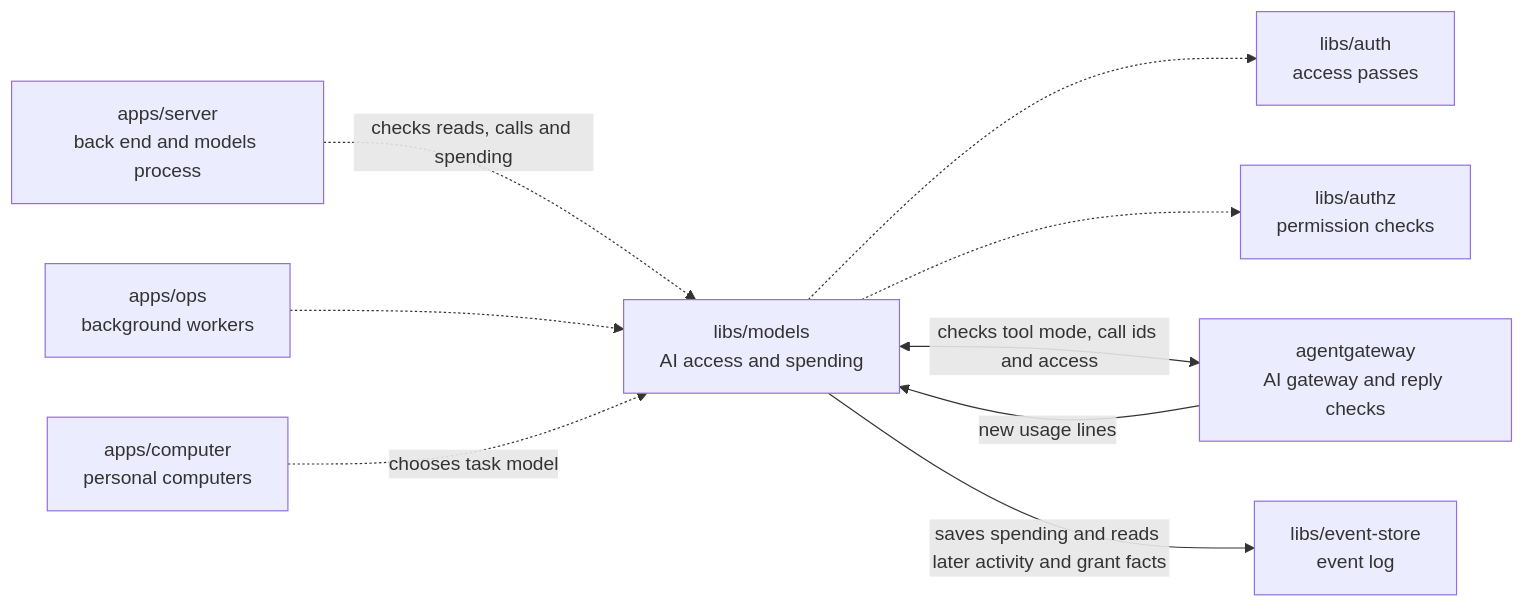
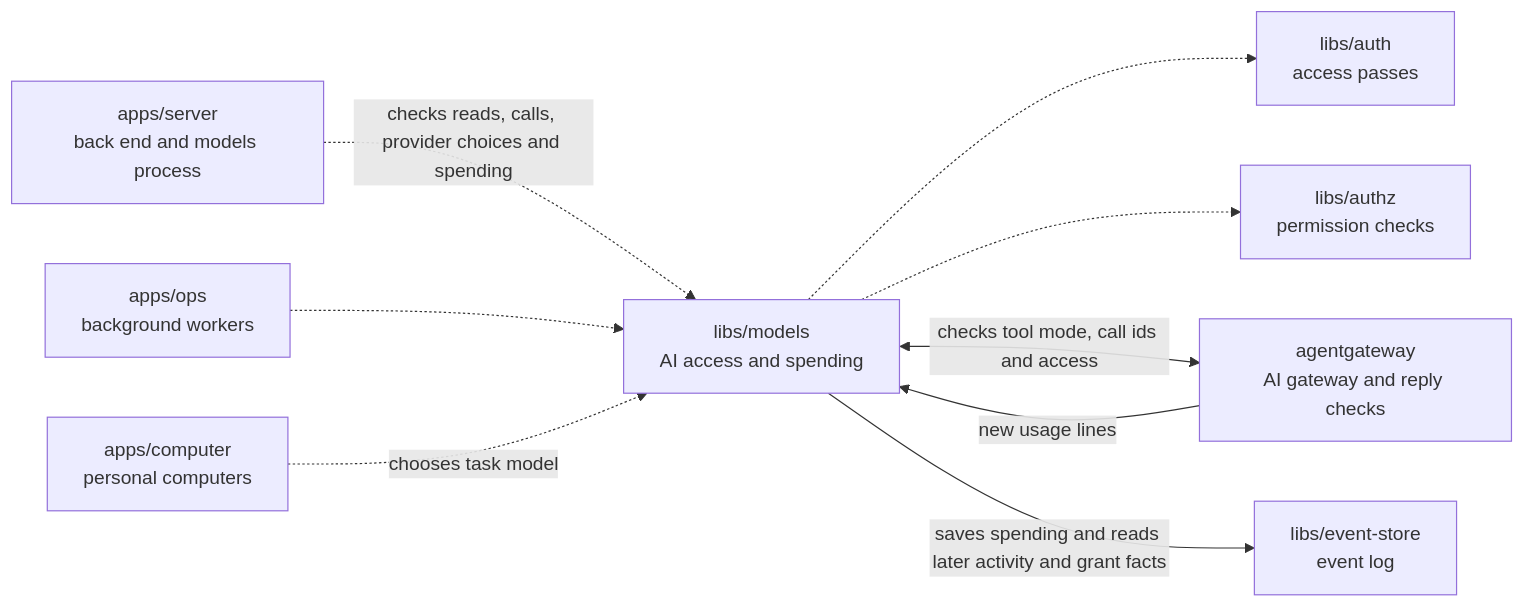
Before and after one commit to elewa-git/opencrane-new: the diagram in libs/models/README.md, drawn with Mermaid. The commit also changed other lines of this file and 24 other files, not shown here.

Commit message:
🔗 Record provider choices and pauses with safe recovery

````diff
--- a/libs/models/README.md
+++ b/libs/models/README.md
@@ -11,11 +11,11 @@
 ```mermaid
 flowchart LR
-  server["apps/server<br/>back end and models process"] -.->|checks reads, calls and spending| models["libs/models<br/>AI access and spending"]
+  server["apps/server<br/>back end and models process"] -.->|checks reads, calls, provider choices and spending| models["libs/models<br/>AI access and spending"]
   ops["apps/ops<br/>background workers"] -.-> models
   computer["apps/computer<br/>personal computers"] -.->|chooses task model| models
   models -.-> auth["libs/auth<br/>access passes"]
   models -.-> authz["libs/authz<br/>permission checks"]
   models <-->|checks tool mode, call ids and access| gateway["agentgateway<br/>AI gateway and reply checks"]
   gateway -->|new usage lines| models
   models -->|saves spending and reads later activity and grant facts| store["libs/event-store<br/>event log"]
 ```
````
